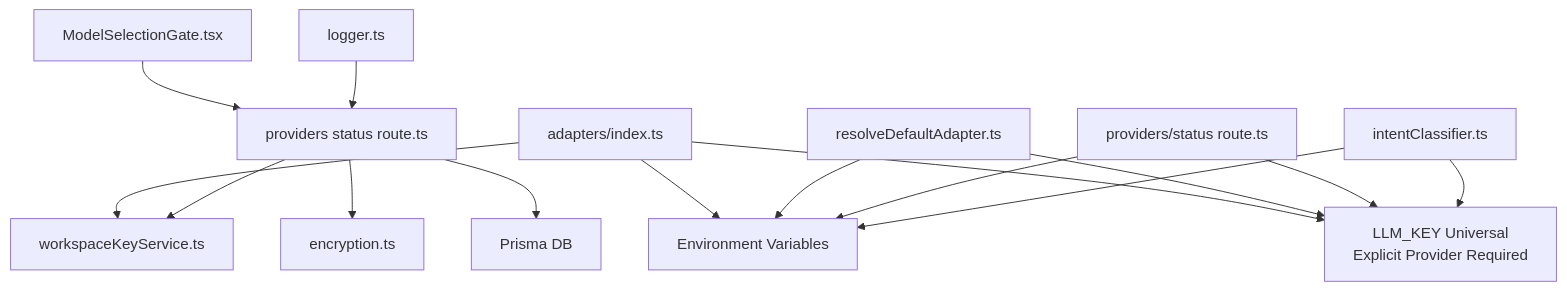
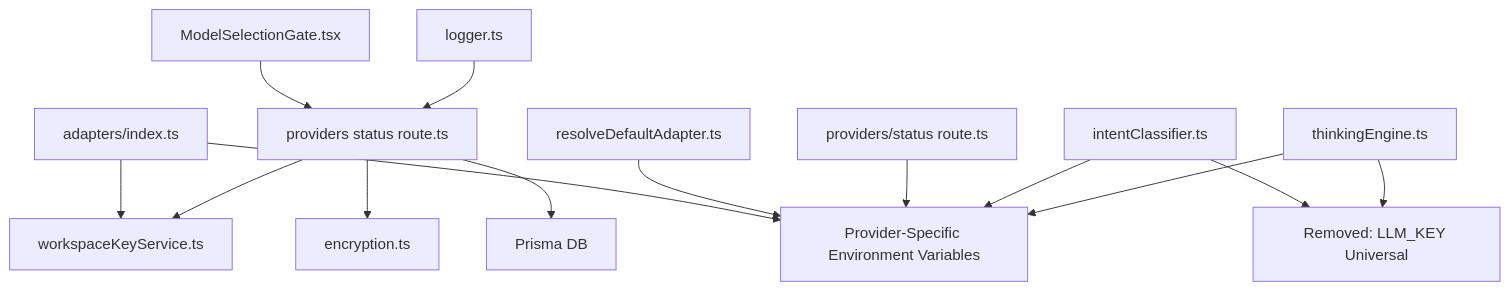
Diagram 11 of 11 in .qoder/repowiki/en/content/AI Generation Engine/AI Provider Adapters/Configuration & Authentication Management.md (shekhargiri005-dotcom/AI-powered-accessibility-first-UI-engine), drawn with Mermaid before and after one commit. The commit also changed other lines of this file and 71 other files, not shown here.

````diff
--- a/.qoder/repowiki/en/content/AI Generation Engine/AI Provider Adapters/Configuration & Authentication Management.md
+++ b/.qoder/repowiki/en/content/AI Generation Engine/AI Provider Adapters/Configuration & Authentication Management.md
@@ -454,17 +429,16 @@
 ```mermaid
 graph TB
 ADP["adapters/index.ts"] --> WKS["workspaceKeyService.ts"]
-ADP --> ENV["Environment Variables"]
-ADP --> LLM["LLM_KEY Universal<br/>Explicit Provider Required"]
+ADP --> ENV["Provider-Specific Environment Variables"]
 RDA["resolveDefaultAdapter.ts"] --> ENV
-RDA --> LLM
 API["providers status route.ts"] --> WKS
 API --> ENC["encryption.ts"]
 API --> PRISMA["Prisma DB"]
 UI["ModelSelectionGate.tsx"] --> API
 PS["providers/status route.ts"] --> ENV
-PS --> LLM
 INT["intentClassifier.ts"] --> ENV
-INT --> LLM
+INT --> LLM["Removed: LLM_KEY Universal"]
+THINK["thinkingEngine.ts"] --> ENV
+THINK --> LLM
 LOG["logger.ts"] --> API
 ```
````
